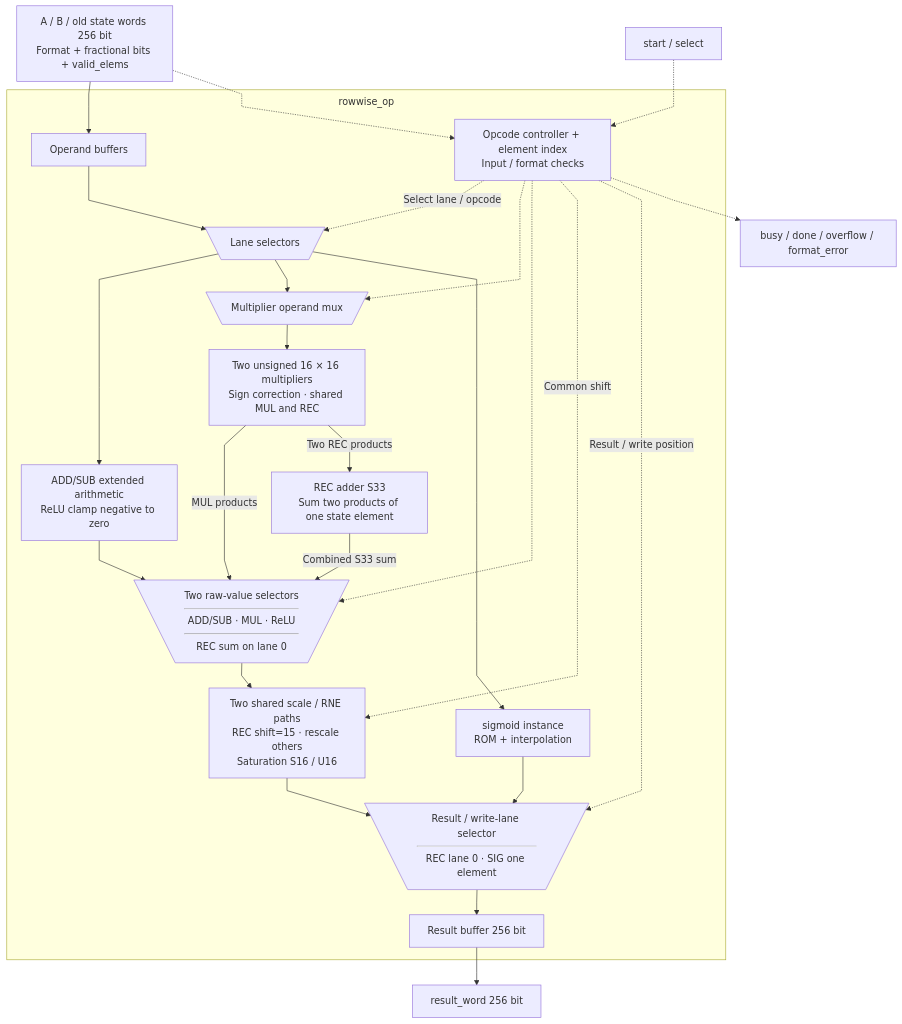
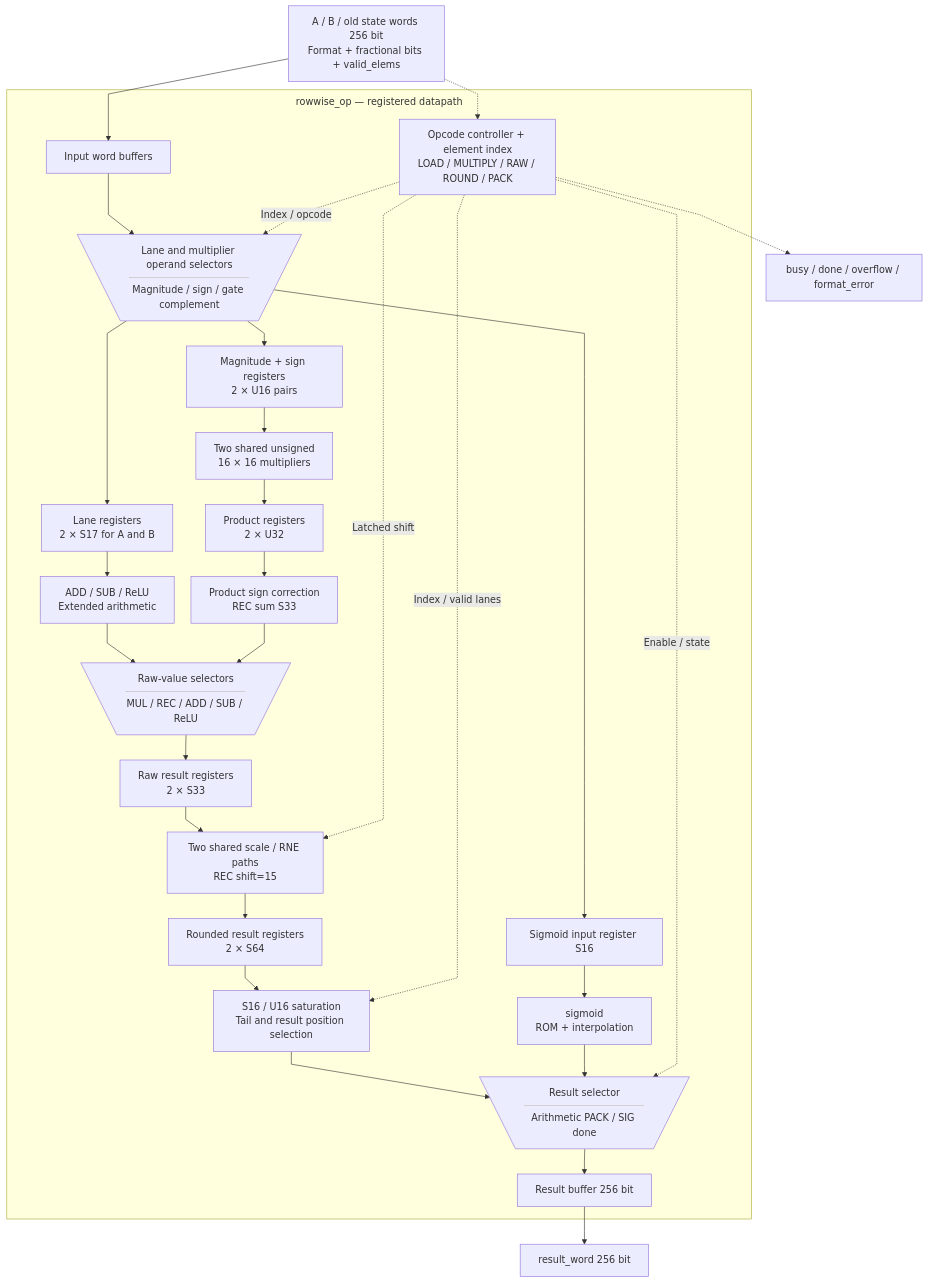
The first of 2 diagrams in docs/source_guide/blocks/rowwise_op.sv.md (nguyennhutkhanhtom/NPU), drawn with Mermaid before and after one commit. The commit also changed other lines of this file and 608 other files, not shown here.

Commit message:
Implement autonomous RTL language graph with verified units and timing evidence

````diff
--- a/docs/source_guide/blocks/rowwise_op.sv.md
+++ b/docs/source_guide/blocks/rowwise_op.sv.md
@@ -15,42 +15,51 @@
 ```mermaid
 flowchart TB
 %%{init: {"flowchart": {"subGraphTitleMargin": {"top": 8, "bottom": 20}, "nodeSpacing": 28, "rankSpacing": 42, "curve": "linear"}}}%%
     IN["A / B / old state words 256 bit<br/>Format + fractional bits + valid_elems"]
-    subgraph CORE["rowwise_op"]
-        CTRL["Opcode controller + element index<br/>Input / format checks"]
-        BUF["Operand buffers"]
-        LANE@{ shape: trap-t, label: "Lane selectors" }
-        AS["ADD/SUB extended arithmetic<br/>ReLU clamp negative to zero"]
-        OMUX@{ shape: trap-t, label: "Multiplier operand mux" }
-        MUL["Two unsigned 16 × 16 multipliers<br/>Sign correction · shared MUL and REC"]
-        REC["REC adder S33<br/>Sum two products of one state element"]
-        RMUX@{ shape: trap-t, label: "Two raw-value selectors<hr/>ADD/SUB · MUL · ReLU<hr/>REC sum on lane 0" }
-        SCALE["Two shared scale / RNE paths<br/>REC shift=15 · rescale others<br/>Saturation S16 / U16"]
-        SIG["sigmoid instance<br/>ROM + interpolation"]
-        RES@{ shape: trap-t, label: "Result / write-lane selector<hr/>REC lane 0 · SIG one element" }
+    subgraph CORE["rowwise_op — registered datapath"]
+        CTRL["Opcode controller + element index<br/>LOAD / MULTIPLY / RAW / ROUND / PACK"]
+        BUF["Input word buffers"]
+        LANE@{ shape: trap-t, label: "Lane and multiplier operand selectors<hr/>Magnitude / sign / gate complement" }
+        LREG["Lane registers<br/>2 × S17 for A and B"]
+        MREG["Magnitude + sign registers<br/>2 × U16 pairs"]
+        MUL["Two shared unsigned<br/>16 × 16 multipliers"]
+        PREG["Product registers<br/>2 × U32"]
+        SIGN["Product sign correction<br/>REC sum S33"]
+        AS["ADD / SUB / ReLU<br/>Extended arithmetic"]
+        RAW@{ shape: trap-t, label: "Raw-value selectors<hr/>MUL / REC / ADD / SUB / ReLU" }
+        RREG["Raw result registers<br/>2 × S33"]
+        RNE["Two shared scale / RNE paths<br/>REC shift=15"]
+        SREG["Rounded result registers<br/>2 × S64"]
+        SAT["S16 / U16 saturation<br/>Tail and result position selection"]
+        SQ["Sigmoid input register S16"]
+        SIG["sigmoid<br/>ROM + interpolation"]
+        RES@{ shape: trap-t, label: "Result selector<hr/>Arithmetic PACK / SIG done" }
         RBUF["Result buffer 256 bit"]
     end
     IN --> BUF
     IN -.-> CTRL
-    OP["start / select"] -.-> CTRL
     BUF --> LANE
-    CTRL -.->|"Select lane / opcode"| LANE
-    CTRL -.-> OMUX
-    LANE --> AS
-    LANE --> OMUX
-    LANE --> SIG
-    OMUX --> MUL
-    MUL -->|"MUL products"| RMUX
-    MUL -->|"Two REC products"| REC
-    AS --> RMUX
-    REC -->|"Combined S33 sum"| RMUX
-    CTRL -.-> RMUX
-    RMUX --> SCALE
-    CTRL -.->|"Common shift"| SCALE
-    SCALE --> RES
+    CTRL -.->|"Index / opcode"| LANE
+    LANE --> LREG
+    LANE --> MREG
+    LANE --> SQ
+    MREG --> MUL
+    MUL --> PREG
+    PREG --> SIGN
+    LREG --> AS
+    AS --> RAW
+    SIGN --> RAW
+    RAW --> RREG
+    RREG --> RNE
+    CTRL -.->|"Latched shift"| RNE
+    RNE --> SREG
+    SREG --> SAT
+    CTRL -.->|"Index / valid lanes"| SAT
+    SAT --> RES
+    SQ --> SIG
     SIG --> RES
-    CTRL -.->|"Result / write position"| RES
+    CTRL -.->|"Enable / state"| RES
     RES --> RBUF
     RBUF --> OUT["result_word 256 bit"]
     CTRL -.-> STATUS["busy / done / overflow / format_error"]
 ```
````
